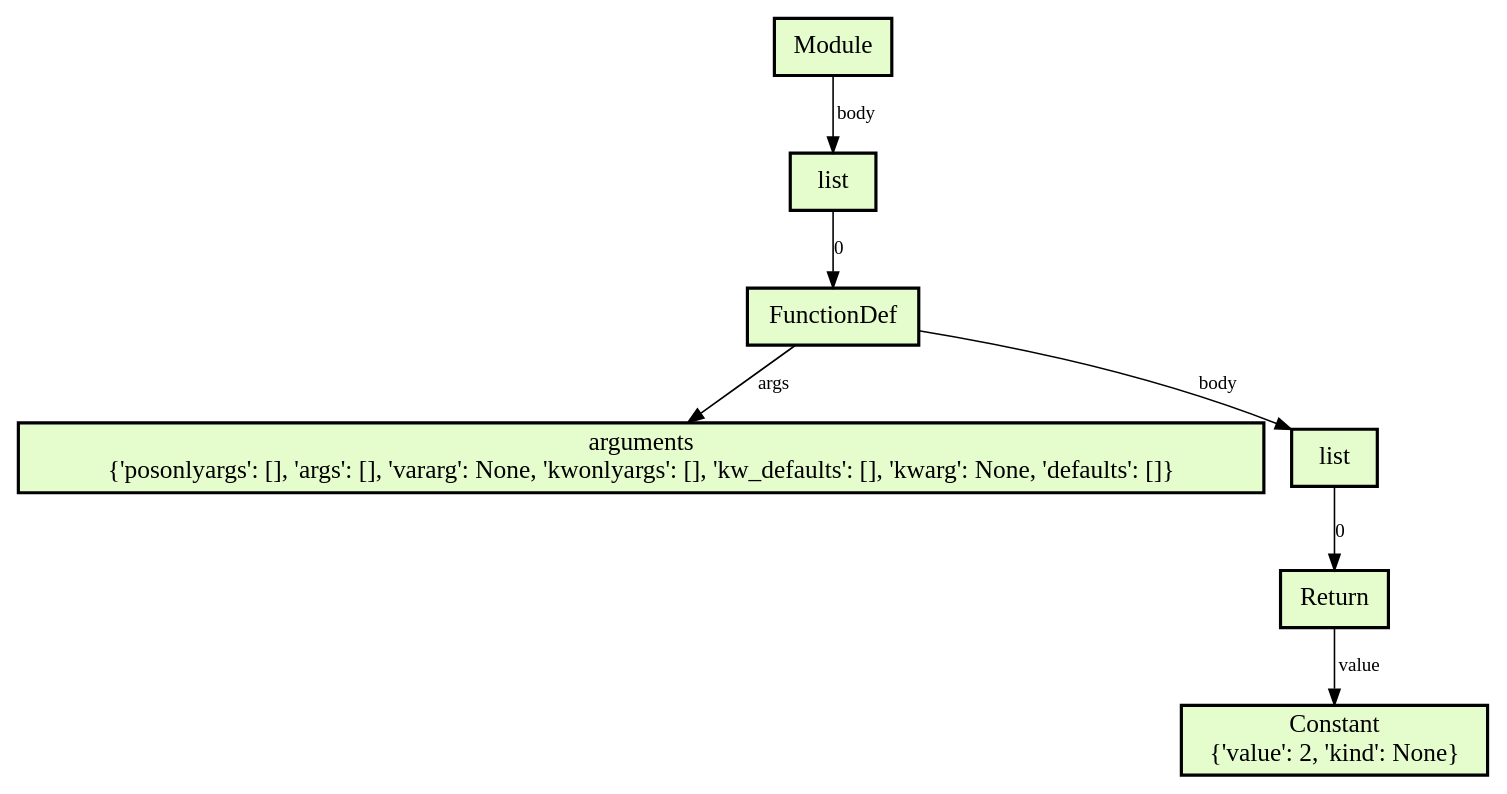
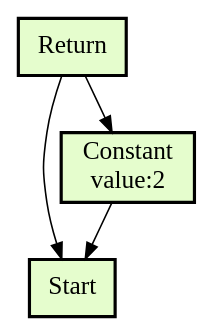
Before and after one commit to UnTea/Compiler-ish: the diagram in output/output.dot, drawn with Graphviz. The commit also changed 4 other files, not shown here.

```diff
--- a/output/output.dot
+++ b/output/output.dot
@@ -1,18 +1,11 @@
 digraph G {
 	node [fontname = "Fira Code" fontsize = 16
 	style = filled fillcolor = "#E5FDCD" penwidth = 2]
 	edge [fontname = "Fira Code" fontsize = 12]
-	0 [label="Module" shape=box]
-	1 [label="list" shape=box]
-	2 [label="FunctionDef" shape=box]
-	3 [label="arguments\n{'posonlyargs': [], 'args': [], 'vararg': None, 'kwonlyargs': [], 'kw_defaults': [], 'kwarg': None, 'defaults': []}" shape=box]
-	4 [label="list" shape=box]
-	5 [label="Return" shape=box]
-	6 [label="Constant\n{'value': 2, 'kind': None}" shape=box]
-	0 -> 1 [label="body"]
-	1 -> 2 [label="0"]
-	2 -> 3 [label="args"]
-	2 -> 4 [label="body"]
-	4 -> 5 [label="0"]
-	5 -> 6 [label="value"]
+	0 [label="Start" shape=box]
+	1 [label="Constant\nvalue:2" shape=box]
+	2 [label="Return" shape=box]
+	1 -> 0
+	2 -> 0
+	2 -> 1
 }
```
